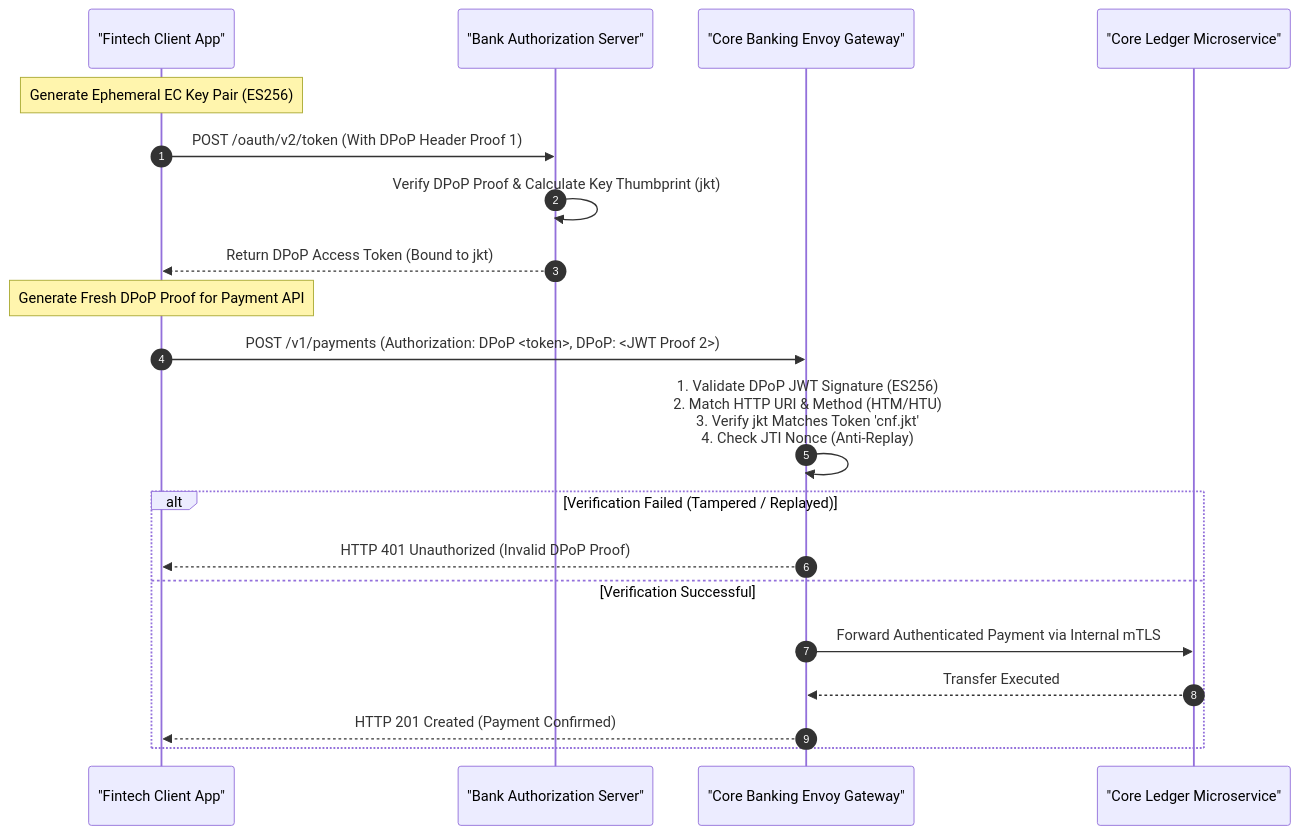
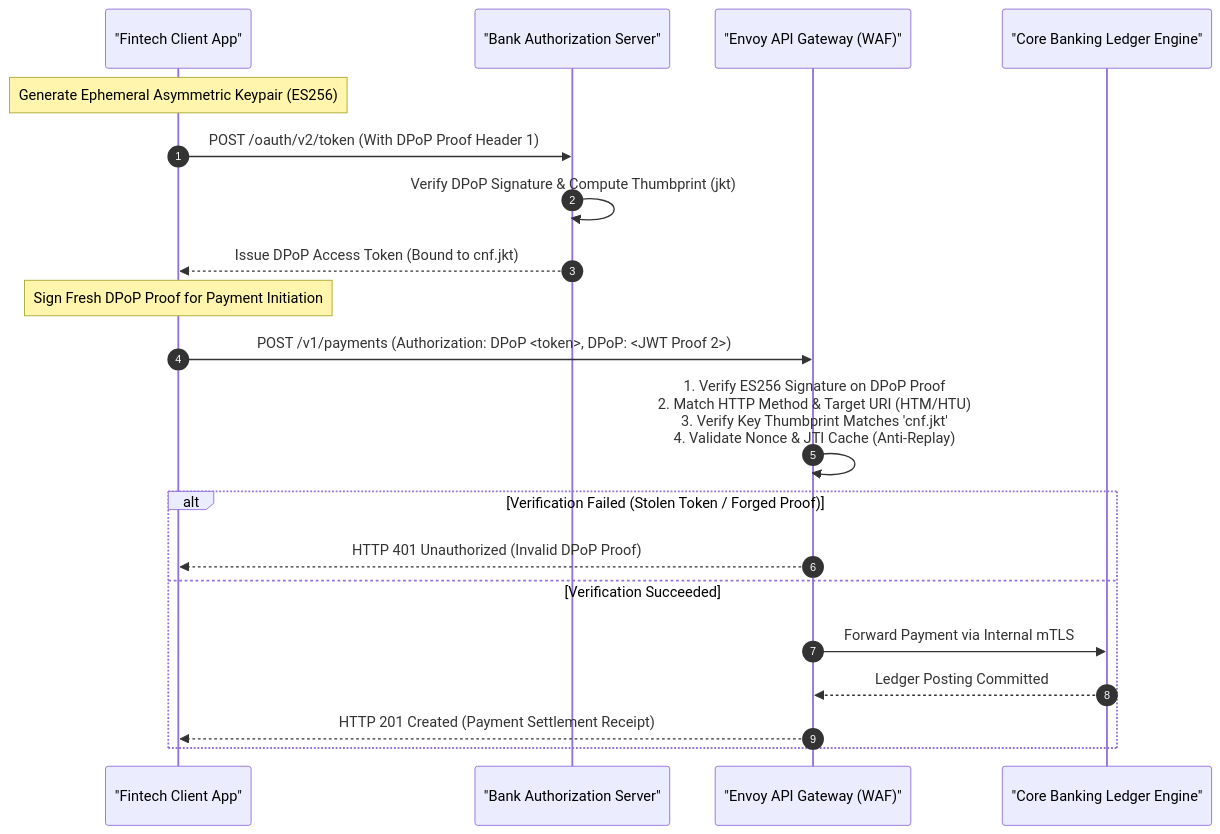
Before and after one commit to vesviet/vesviet: the first of 2 diagrams in content/series/core-banking-architecture/part-6-fapi-2-api-security.md, drawn with Mermaid. The commit also changed other lines of this file and 90 other files, not shown here.

Commit message:
feat(content): upgrade routing-geospatial and core-banking series to 2027 SOTA masterclass standard

````diff
--- a/content/series/core-banking-architecture/part-6-fapi-2-api-security.md
+++ b/content/series/core-banking-architecture/part-6-fapi-2-api-security.md
@@ -42,26 +40,26 @@
 ```mermaid
 sequenceDiagram
     autonumber
     participant Client as "Fintech Client App"
     participant AS as "Bank Authorization Server"
-    participant Gateway as "Core Banking Envoy Gateway"
-    participant Ledger as "Core Ledger Microservice"
+    participant Gateway as "Envoy API Gateway (WAF)"
+    participant Ledger as "Core Banking Ledger Engine"
 
-    Note over Client: Generate Ephemeral EC Key Pair (ES256)
-    Client->>AS: POST /oauth/v2/token (With DPoP Header Proof 1)
-    AS->>AS: Verify DPoP Proof & Calculate Key Thumbprint (jkt)
-    AS-->>Client: Return DPoP Access Token (Bound to jkt)
+    Note over Client: Generate Ephemeral Asymmetric Keypair (ES256)
+    Client->>AS: POST /oauth/v2/token (With DPoP Proof Header 1)
+    AS->>AS: Verify DPoP Signature & Compute Thumbprint (jkt)
+    AS-->>Client: Issue DPoP Access Token (Bound to cnf.jkt)
 
-    Note over Client: Generate Fresh DPoP Proof for Payment API
+    Note over Client: Sign Fresh DPoP Proof for Payment Initiation
     Client->>Gateway: POST /v1/payments (Authorization: DPoP <token>, DPoP: <JWT Proof 2>)
     
-    Gateway->>Gateway: 1. Validate DPoP JWT Signature (ES256)<br/>2. Match HTTP URI & Method (HTM/HTU)<br/>3. Verify jkt Matches Token 'cnf.jkt'<br/>4. Check JTI Nonce (Anti-Replay)
+    Gateway->>Gateway: 1. Verify ES256 Signature on DPoP Proof<br/>2. Match HTTP Method & Target URI (HTM/HTU)<br/>3. Verify Key Thumbprint Matches 'cnf.jkt'<br/>4. Validate Nonce & JTI Cache (Anti-Replay)
     
-    alt Verification Failed (Tampered / Replayed)
+    alt Verification Failed (Stolen Token / Forged Proof)
         Gateway-->>Client: HTTP 401 Unauthorized (Invalid DPoP Proof)
-    else Verification Successful
-        Gateway->>Ledger: Forward Authenticated Payment via Internal mTLS
-        Ledger-->>Gateway: Transfer Executed
-        Gateway-->>Client: HTTP 201 Created (Payment Confirmed)
+    else Verification Succeeded
+        Gateway->>Ledger: Forward Payment via Internal mTLS
+        Ledger-->>Gateway: Ledger Posting Committed
+        Gateway-->>Client: HTTP 201 Created (Payment Settlement Receipt)
     end
 ```
````
